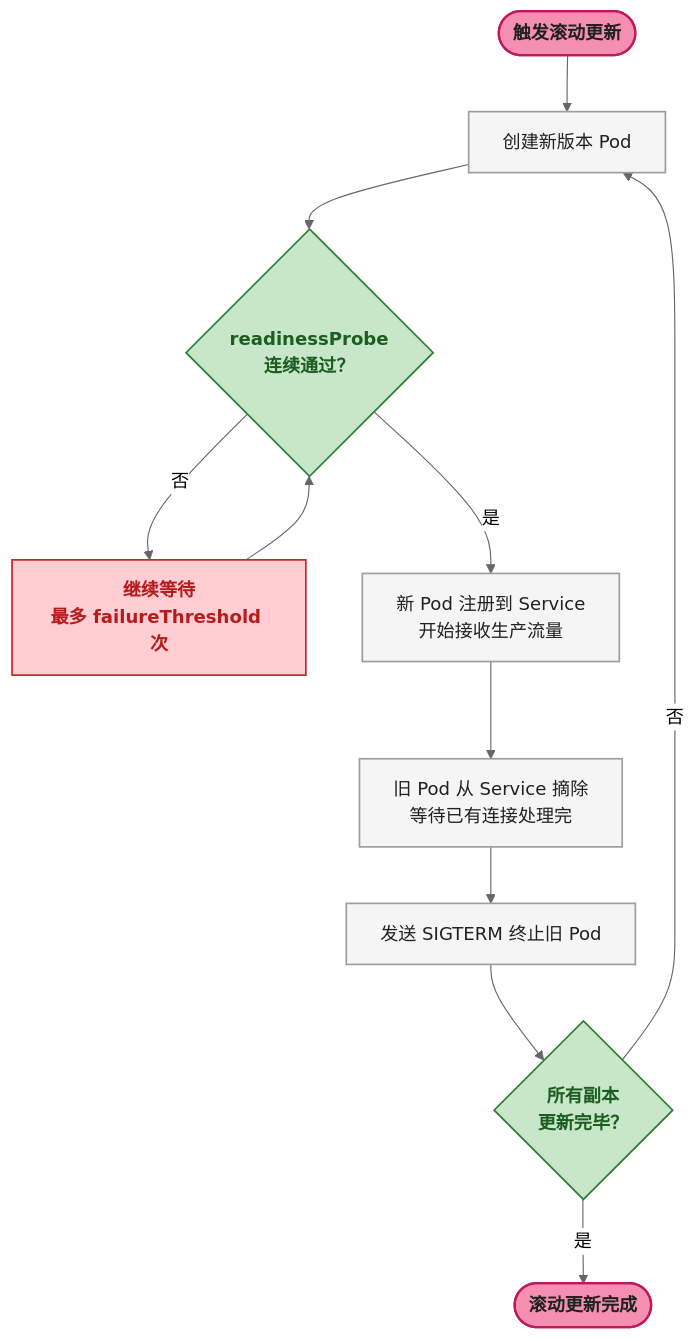
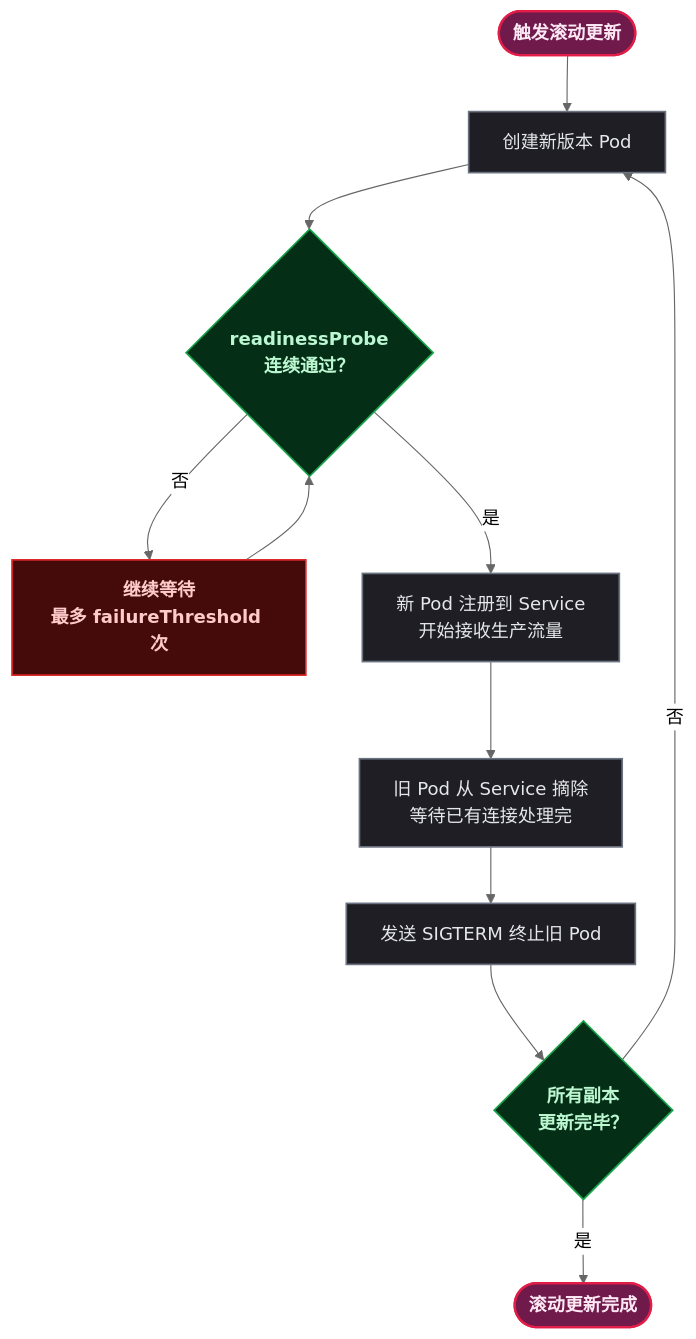
One commit to yaocat55/yaocat55.github.io changed the seventh of 12 diagrams in content/posts/kubernetes/KindWslMigration.md. Above: the diagram before and after it, drawn with Mermaid (neutral theme). The commit also changed other lines of this file and 155 other files, not shown here.

````diff
--- a/content/posts/kubernetes/KindWslMigration.md
+++ b/content/posts/kubernetes/KindWslMigration.md
@@ -863,26 +863,26 @@
 ```mermaid
 flowchart TD
     %% ==========================================
     %% 样式定义
     %% ==========================================
-    classDef startEnd fill:#F48FB1,stroke:#C2185B,stroke-width:2px,color:#212121,font-weight:bold;
-    classDef ok fill:#C8E6C9,stroke:#2E7D32,stroke-width:1.5px,color:#1B5E20,font-weight:bold;
-    classDef fail fill:#FFCDD2,stroke:#C62828,stroke-width:1.5px,color:#B71C1C,font-weight:bold;
-    classDef process fill:#F5F5F5,stroke:#9E9E9E,stroke-width:1.5px,color:#212121;
+classDef startEnd fill:#701a4c,stroke:#e11d48,stroke-width:2px,color:#fce7f3,font-weight:bold;
+classDef ok fill:#052e16,stroke:#16a34a,stroke-width:1.5px,color:#bbf7d0,font-weight:bold;
+classDef fail fill:#450a0a,stroke:#dc2626,stroke-width:1.5px,color:#fecaca,font-weight:bold;
+classDef process fill:#1e1e24,stroke:#6b7280,stroke-width:1.5px,color:#e5e7eb;
 
     START([触发滚动更新]) --> NEW_POD["创建新版本 Pod"]
     NEW_POD --> PROBE{"readinessProbe\n连续通过？"}
     PROBE -->|否| RETRY["继续等待\n最多 failureThreshold 次"]
     RETRY --> PROBE
     PROBE -->|是| ADD_SVC["新 Pod 注册到 Service\n开始接收生产流量"]
     ADD_SVC --> DRAIN["旧 Pod 从 Service 摘除\n等待已有连接处理完"]
     DRAIN --> TERM["发送 SIGTERM 终止旧 Pod"]
     TERM --> NEXT{"所有副本\n更新完毕？"}
     NEXT -->|否| NEW_POD
     NEXT -->|是| DONE([滚动更新完成])
 
     class START,DONE startEnd;
     class PROBE,NEXT ok;
     class RETRY fail;
     class NEW_POD,ADD_SVC,DRAIN,TERM process;
 ```
````
